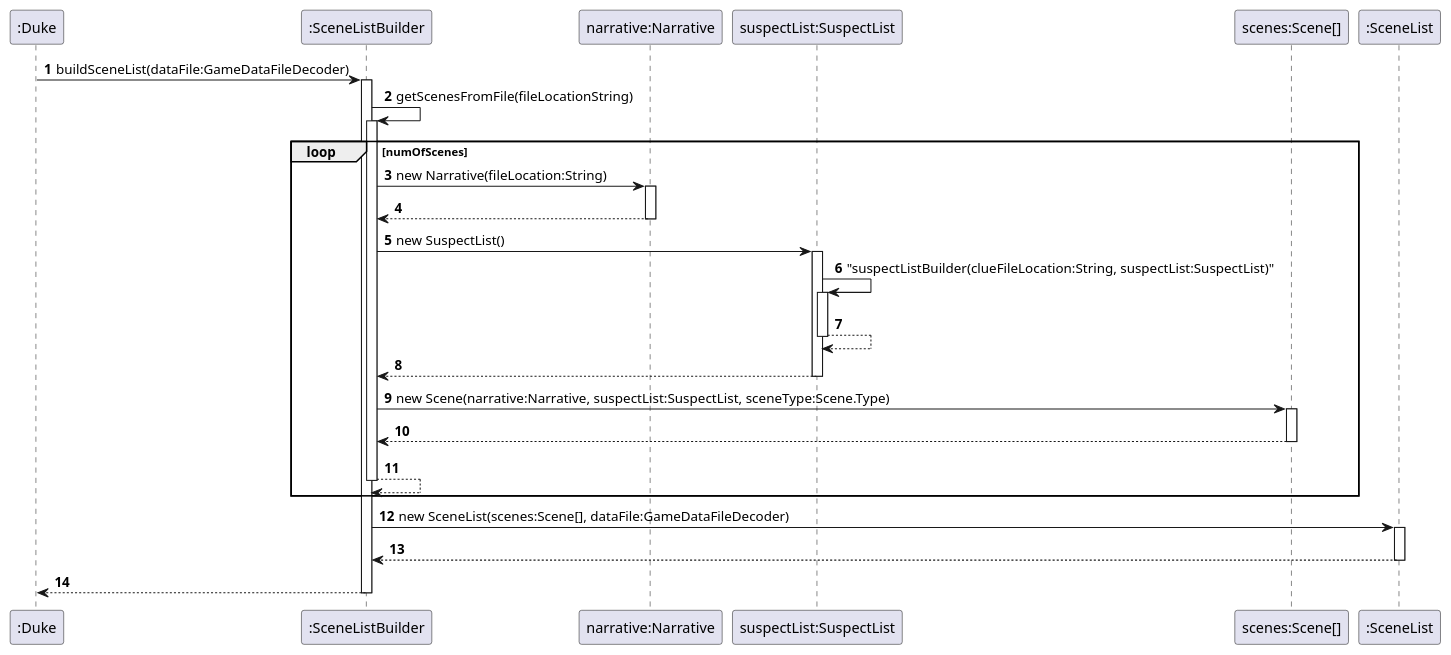
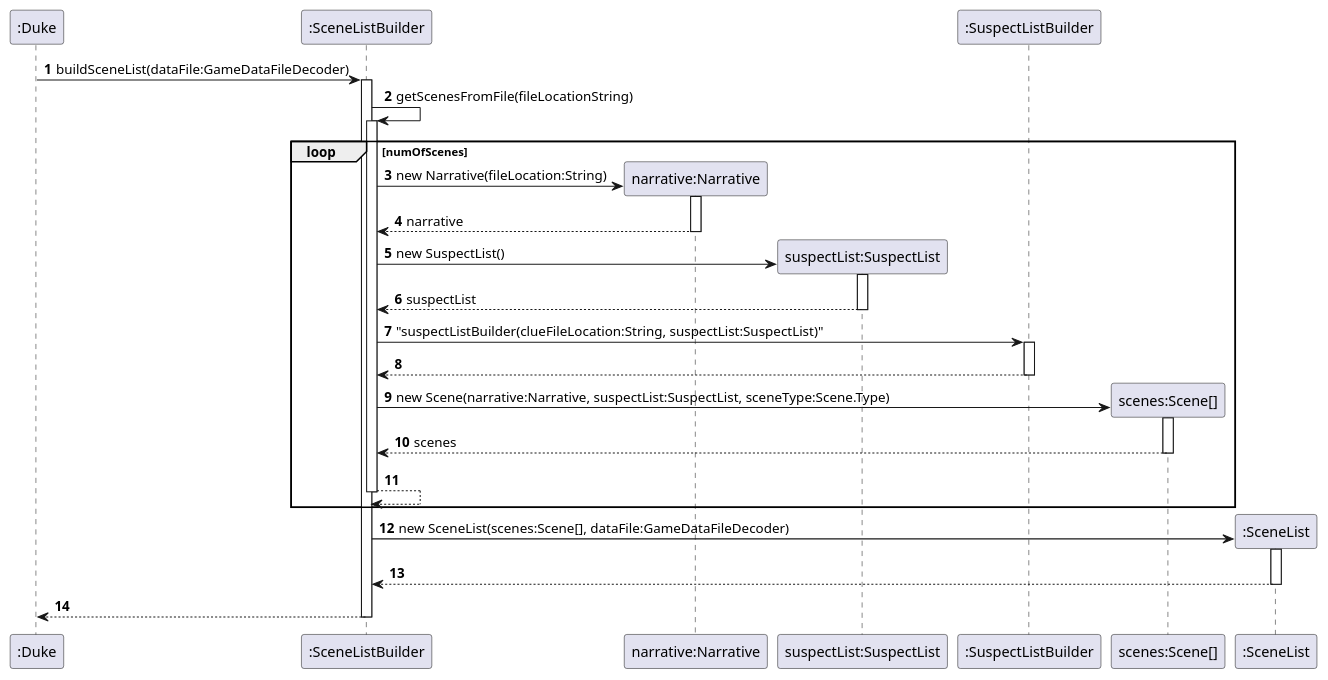
One commit to peng-217/tp changed the diagram in docs/Scene.puml. Above: the diagram before and after it, drawn with PlantUML. The commit also changed 3 other files, not shown here.

Commit message:
Created constructors for Scene and Suspect puml

```diff
--- a/docs/Scene.puml
+++ b/docs/Scene.puml
@@ -1,38 +1,43 @@
 @startuml
 'https://plantuml.com/sequence-diagram
 
 autonumber
 ":Duke"-> ":SceneListBuilder": buildSceneList(dataFile:GameDataFileDecoder)
 activate ":SceneListBuilder"
 ":SceneListBuilder" -> ":SceneListBuilder": getScenesFromFile(fileLocationString)
 activate ":SceneListBuilder"
 loop numOfScenes
+create "narrative:Narrative"
 ":SceneListBuilder" -> "narrative:Narrative" :new Narrative(fileLocation:String)
 activate "narrative:Narrative"
-"narrative:Narrative" --> ":SceneListBuilder"
+"narrative:Narrative" --> ":SceneListBuilder" :narrative
 deactivate "narrative:Narrative"
+create "suspectList:SuspectList"
 ":SceneListBuilder" -> "suspectList:SuspectList" :new SuspectList()
 activate "suspectList:SuspectList"
-"suspectList:SuspectList" -> "suspectList:SuspectList" :"suspectListBuilder(clueFileLocation:String, suspectList:SuspectList)"
-activate "suspectList:SuspectList"
-"suspectList:SuspectList" --> "suspectList:SuspectList"
+"suspectList:SuspectList" --> ":SceneListBuilder" :suspectList
 deactivate "suspectList:SuspectList"
-"suspectList:SuspectList" --> ":SceneListBuilder"
+":SceneListBuilder" -> ":SuspectListBuilder" :"suspectListBuilder(clueFileLocation:String, suspectList:SuspectList)"
+activate ":SuspectListBuilder"
+":SuspectListBuilder" --> ":SceneListBuilder"
+deactivate ":SuspectListBuilder"
 deactivate "suspectList:SuspectList"
+create "scenes:Scene[]"
 ":SceneListBuilder" -> "scenes:Scene[]" :new Scene(narrative:Narrative, suspectList:SuspectList, sceneType:Scene.Type)
 activate "scenes:Scene[]"
-"scenes:Scene[]" --> ":SceneListBuilder"
+"scenes:Scene[]" --> ":SceneListBuilder" :scenes
 deactivate "scenes:Scene[]"
 ":SceneListBuilder" --> ":SceneListBuilder"
 deactivate ":SceneListBuilder"
 end
 deactivate "scenes:Scene[]"
+create ":SceneList"
 ":SceneListBuilder" -> ":SceneList" :new SceneList(scenes:Scene[], dataFile:GameDataFileDecoder)
 activate ":SceneList"
 ":SceneList" --> ":SceneListBuilder"
 deactivate ":SceneList"
 ":SceneListBuilder" --> ":Duke"
 deactivate ":SceneListBuilder"
 
 
 @enduml
```
